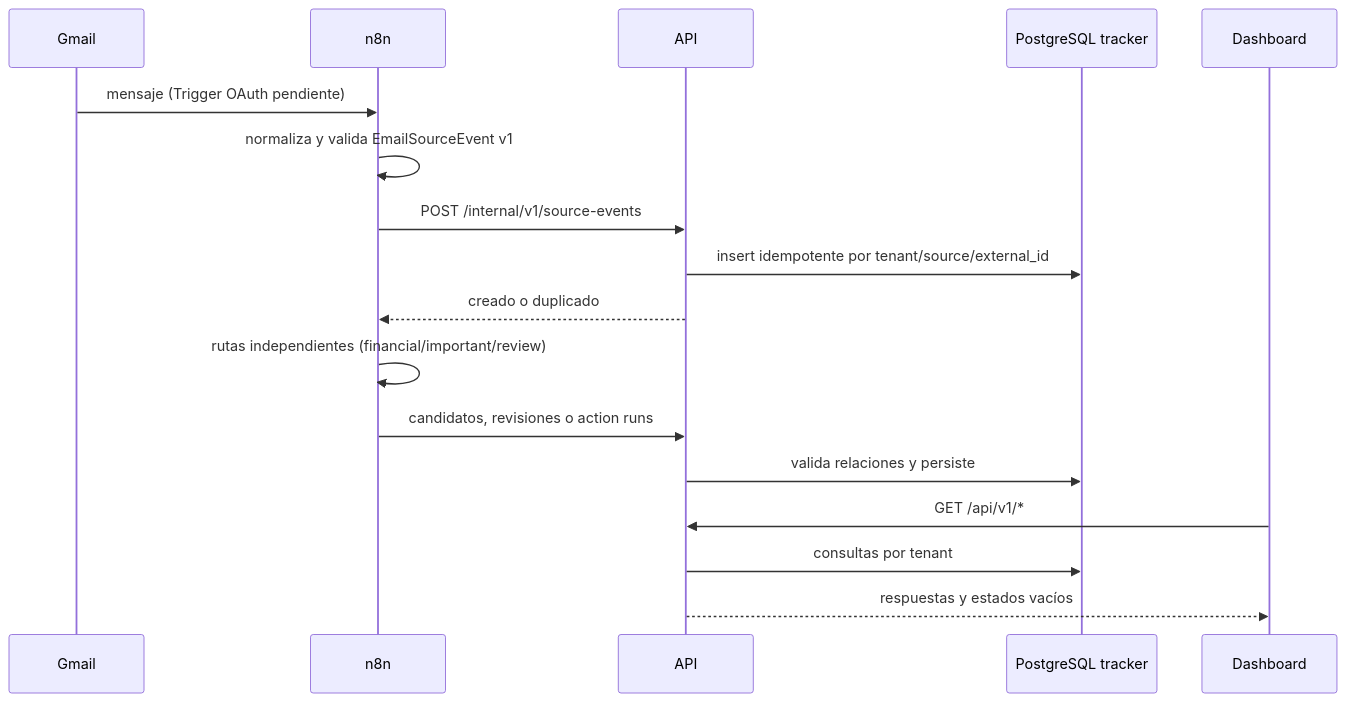
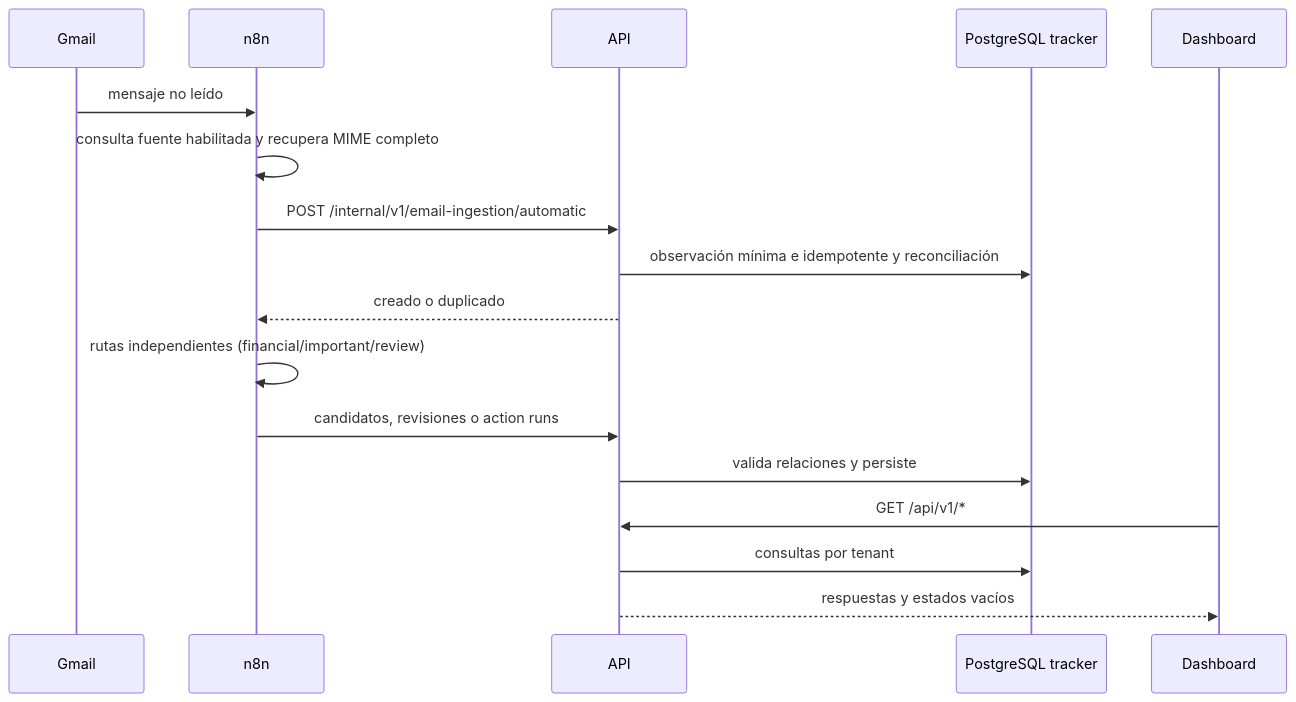
One commit to johnnyzaet08/personal_tracker_n8n changed the diagram in docs/architecture.md. Above: the diagram before and after it, drawn with Mermaid. The commit also changed other lines of this file and 69 other files, not shown here.

````diff
--- a/docs/architecture.md
+++ b/docs/architecture.md
@@ -15,19 +15,19 @@
 ```mermaid
 sequenceDiagram
   participant Gmail
   participant n8n
   participant API
   participant DB as PostgreSQL tracker
   participant Web as Dashboard
-  Gmail->>n8n: mensaje (Trigger OAuth pendiente)
-  n8n->>n8n: normaliza y valida EmailSourceEvent v1
-  n8n->>API: POST /internal/v1/source-events
-  API->>DB: insert idempotente por tenant/source/external_id
+  Gmail->>n8n: mensaje no leído
+  n8n->>n8n: consulta fuente habilitada y recupera MIME completo
+  n8n->>API: POST /internal/v1/email-ingestion/automatic
+  API->>DB: observación mínima e idempotente y reconciliación
   API-->>n8n: creado o duplicado
   n8n->>n8n: rutas independientes (financial/important/review)
   n8n->>API: candidatos, revisiones o action runs
   API->>DB: valida relaciones y persiste
   Web->>API: GET /api/v1/*
   API->>DB: consultas por tenant
   API-->>Web: respuestas y estados vacíos
 ```
````
